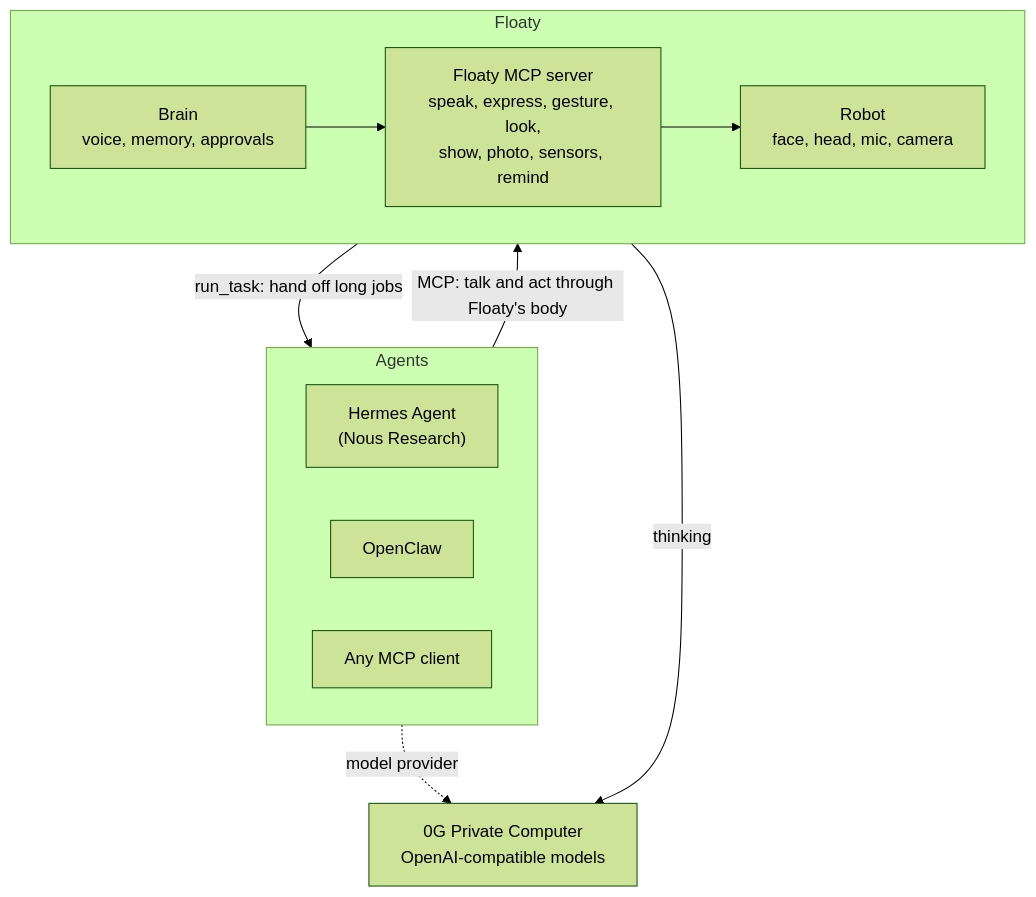
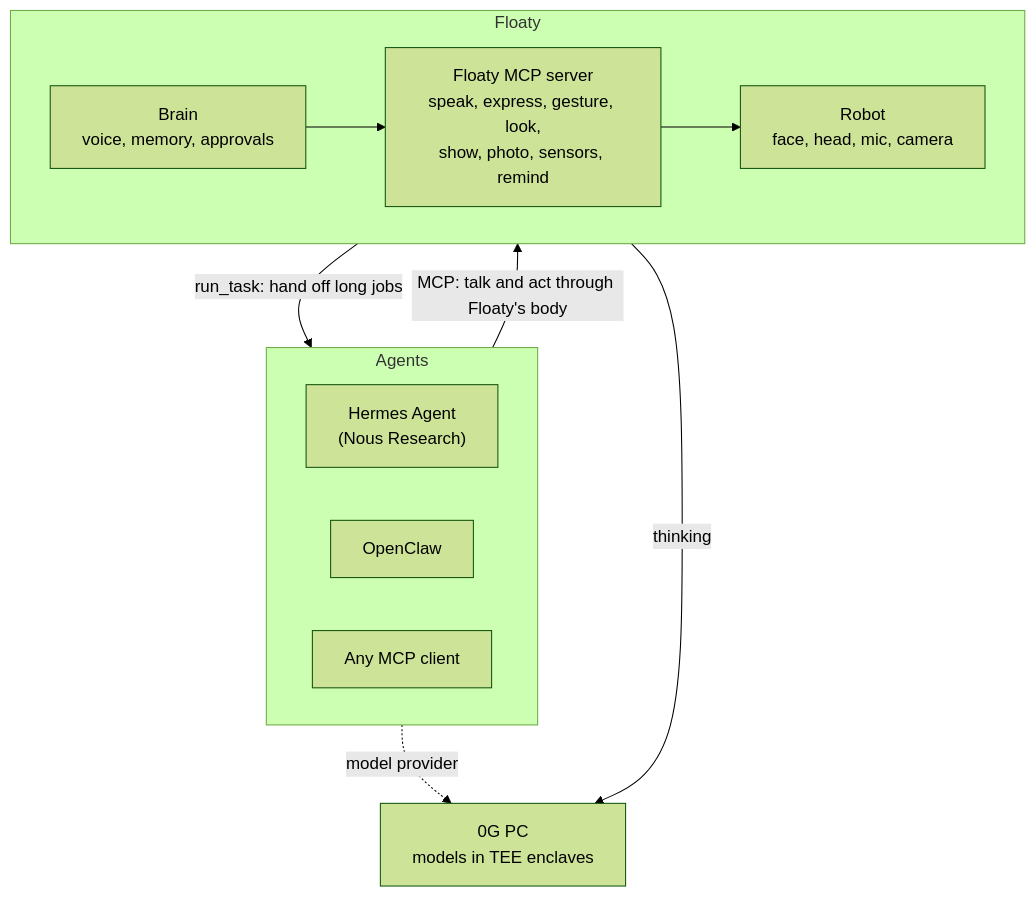
Before and after one commit to 0gfoundation/project-floaty: the second of 2 diagrams in ROADMAP.md, drawn with Mermaid (forest theme). The commit also changed other lines of this file and 5 other files, not shown here.

Commit message:
Call it 0G PC; drop the OpenAI-compatible wording (#3)

````diff
--- a/ROADMAP.md
+++ b/ROADMAP.md
@@ -55,18 +54,18 @@
 ```mermaid
 flowchart TB
     subgraph AGENTS["Agents"]
         direction LR
         H["Hermes Agent<br/>(Nous Research)"]
         O["OpenClaw"]
         C["Any MCP client"]
     end
     subgraph FLOATY["Floaty"]
         direction LR
         B["Brain<br/>voice, memory, approvals"] --> M["Floaty MCP server<br/>speak, express, gesture, look,<br/>show, photo, sensors, remind"] --> R["Robot<br/>face, head, mic, camera"]
     end
-    ZG["0G Private Computer<br/>OpenAI-compatible models"]
+    ZG["0G PC<br/>models in TEE enclaves"]
     AGENTS -- "MCP: talk and act through Floaty's body" --> M
     B -- "run_task: hand off long jobs" --> AGENTS
     B -- "thinking" --> ZG
     AGENTS -. "model provider" .-> ZG
 ```
````
